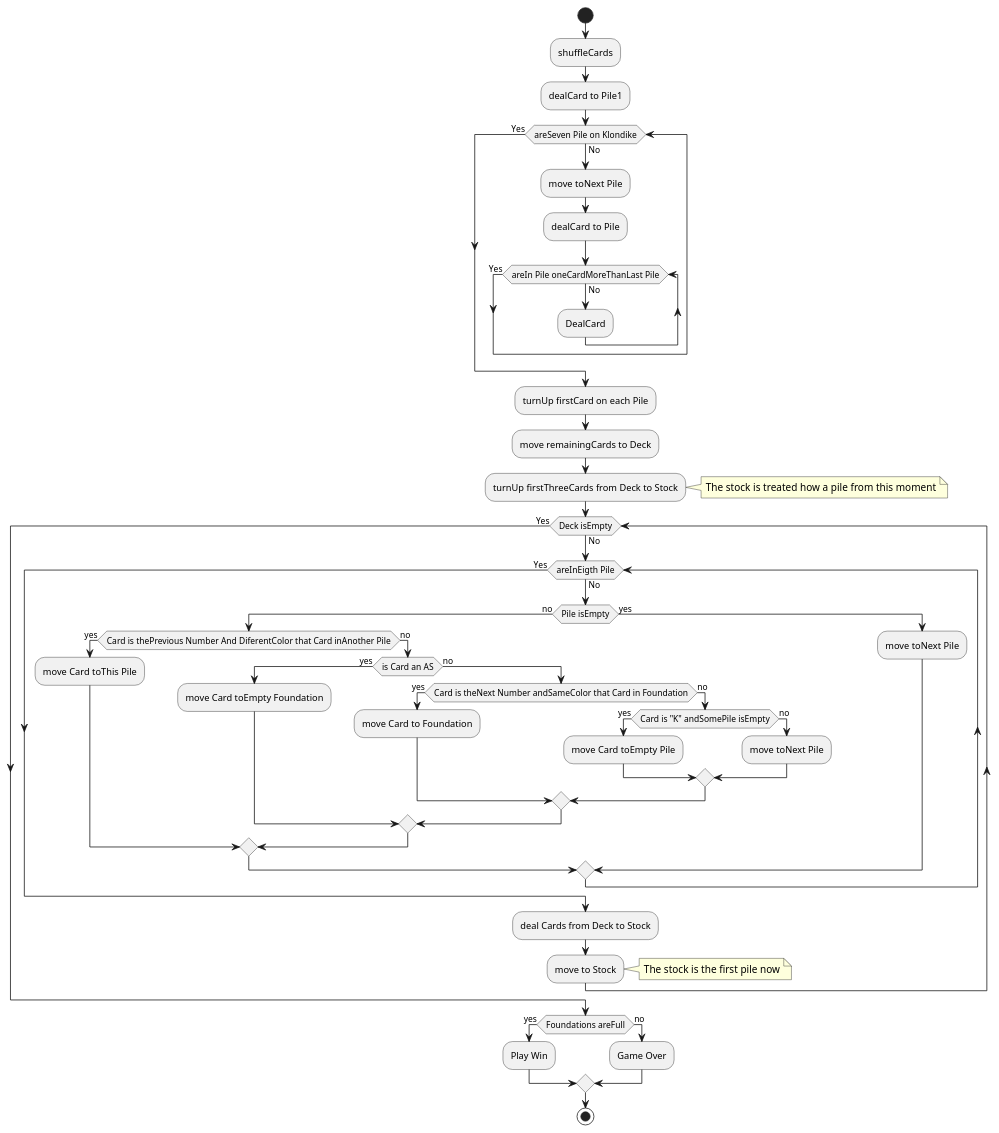
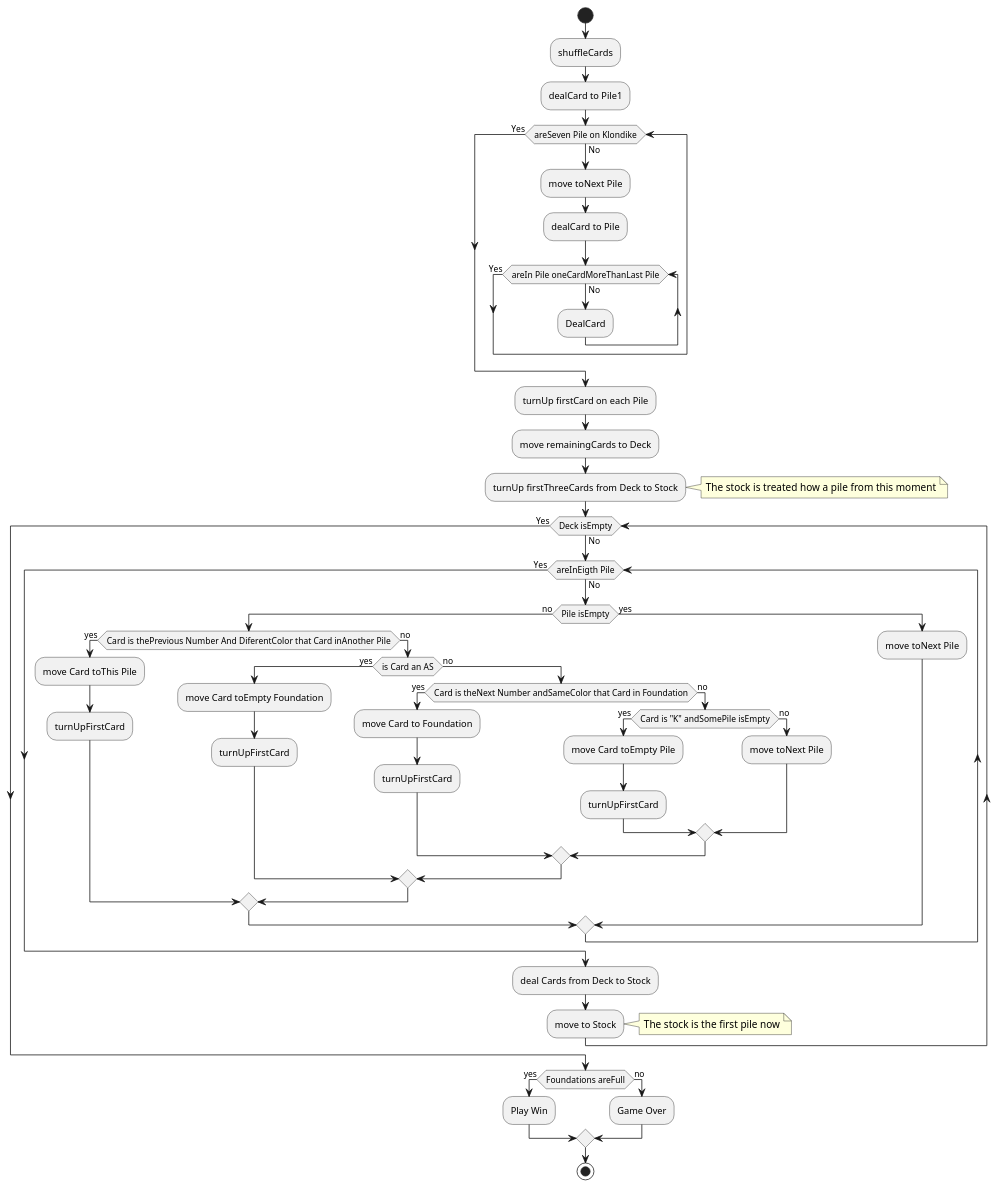
The diagram in 1 Modelo de Dominio/04_Diagrama de actividades.plantuml (AngelOS95P/Maestria_IngSoftware_grupo6), drawn with PlantUML before and after one commit. The commit also changed 3 other files, not shown here.

```diff
--- a/1 Modelo de Dominio/04_Diagrama de actividades.plantuml
+++ b/1 Modelo de Dominio/04_Diagrama de actividades.plantuml
@@ -1,55 +1,63 @@
 @startuml Actividades
+
+
+
 start
 :shuffleCards;
 :dealCard to Pile1;
 
 while (areSeven Pile on Klondike)  is (No)
   :move toNext Pile;
   :dealCard to Pile;
   while (areIn Pile oneCardMoreThanLast Pile)  is (No)
     :DealCard;
   endwhile (Yes)
 endwhile (Yes)
 
 :turnUp firstCard on each Pile;
 :move remainingCards to Deck;
 :turnUp firstThreeCards from Deck to Stock; 
 note right: The stock is treated how a pile from this moment
 
 while (Deck isEmpty) is (No)
   while (areInEigth Pile) is (No)
     if (Pile isEmpty) then (no)
       if (Card is thePrevious Number And DiferentColor that Card inAnother Pile) then (yes)
         :move Card toThis Pile;
+        :turnUpFirstCard;
       else (no)
         if (is Card an AS) then (yes)
           :move Card toEmpty Foundation;
+          :turnUpFirstCard;
         else (no)
           if (Card is theNext Number andSameColor that Card in Foundation) then (yes)
             :move Card to Foundation;
+            :turnUpFirstCard;
           else (no)
             if (Card is "K" andSomePile isEmpty) then (yes) 
               :move Card toEmpty Pile;
+              :turnUpFirstCard;
             else (no)
               :move toNext Pile;
+
              endif
            endif
          endif
       endif
     else (yes)
       :move toNext Pile;
     endif
   endwhile (Yes)
   :deal Cards from Deck to Stock; 
   :move to Stock; 
   note right: The stock is the first pile now
 endwhile (Yes)
 if (Foundations areFull) then (yes)
   :Play Win;
 else (no)
   :Game Over;
 endif
 
 stop
 
 @enduml 
```
